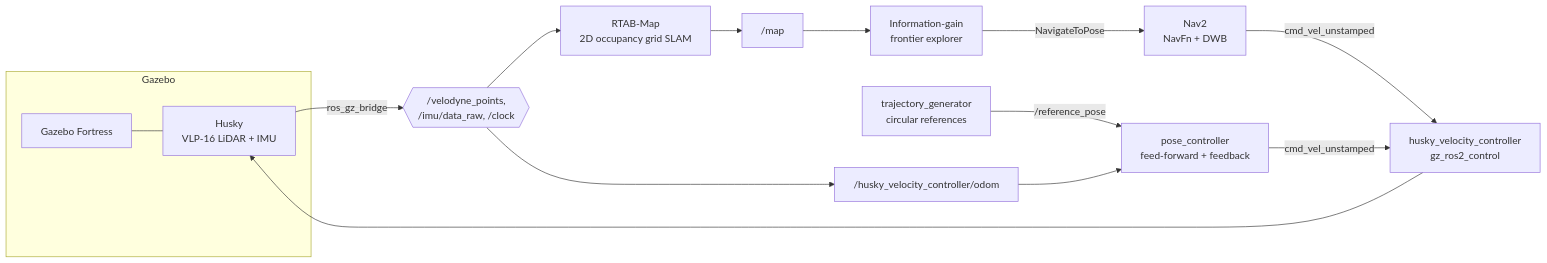
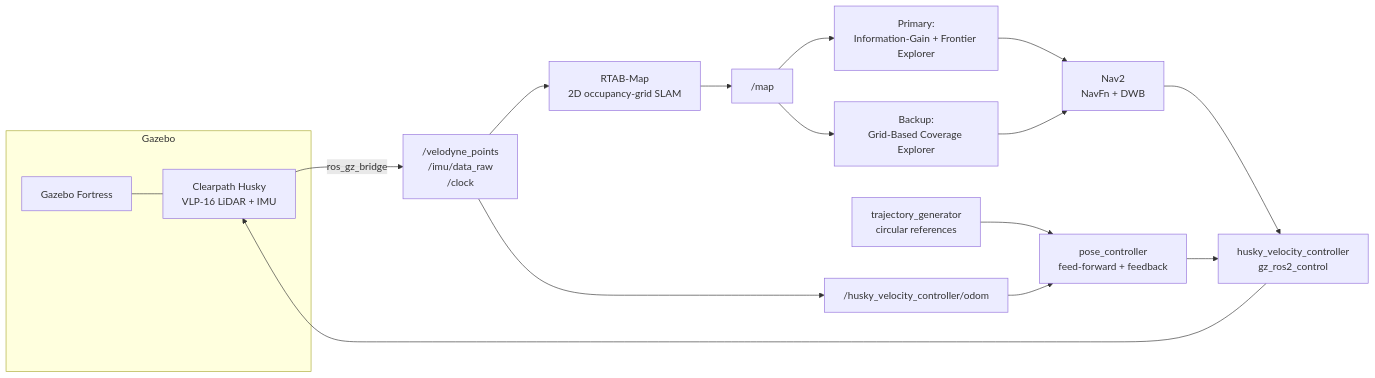
Before and after one commit to Ath0601/husky-field-exploration: the diagram in README.md, drawn with Mermaid. The commit also changed other lines of this file, not shown here.

````diff
--- a/README.md
+++ b/README.md
@@ -18,17 +22,19 @@
 ```mermaid
 flowchart LR
     subgraph Gazebo
-        SIM["Gazebo Fortress"] --- HUSKY["Husky<br/>VLP-16 LiDAR + IMU"]
+        SIM["Gazebo Fortress"] --- HUSKY["Clearpath Husky<br/>VLP-16 LiDAR + IMU"]
     end
-    HUSKY -->|ros_gz_bridge| BR{{"/velodyne_points,<br/>/imu/data_raw, /clock"}}
-    BR --> RTAB["RTAB-Map<br/>2D occupancy grid SLAM"]
+    HUSKY -->|ros_gz_bridge| BR["/velodyne_points<br/>/imu/data_raw<br/>/clock"]
+    BR --> RTAB["RTAB-Map<br/>2D occupancy-grid SLAM"]
     BR --> ODOM["/husky_velocity_controller/odom"]
     RTAB --> MAP["/map"]
-    MAP --> EXP["Information-gain<br/>frontier explorer"]
-    EXP -->|"NavigateToPose"| NAV2["Nav2<br/>NavFn + DWB"]
-    NAV2 -->|"cmd_vel_unstamped"| CTRL["husky_velocity_controller<br/>gz_ros2_control"]
-    TRAJ["trajectory_generator<br/>circular references"] -->|"/reference_pose"| PC["pose_controller<br/>feed-forward + feedback"]
-    PC -->|"cmd_vel_unstamped"| CTRL
+    MAP --> EXP["Primary:<br/>Information-Gain + Frontier Explorer"]
+    MAP --> COV["Backup:<br/>Grid-Based Coverage Explorer"]
+    EXP --> NAV2["Nav2<br/>NavFn + DWB"]
+    COV --> NAV2
+    NAV2 --> CTRL["husky_velocity_controller<br/>gz_ros2_control"]
+    CTRL --> HUSKY
+    TRAJ["trajectory_generator<br/>circular references"] --> PC["pose_controller<br/>feed-forward + feedback"]
+    PC --> CTRL
     ODOM --> PC
-    CTRL --> HUSKY
 ```
````
